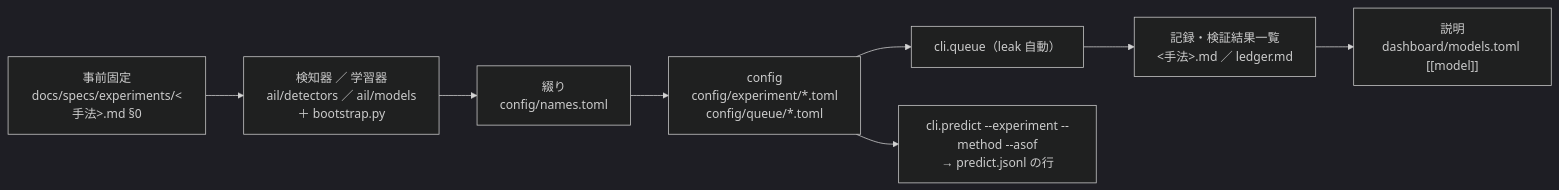
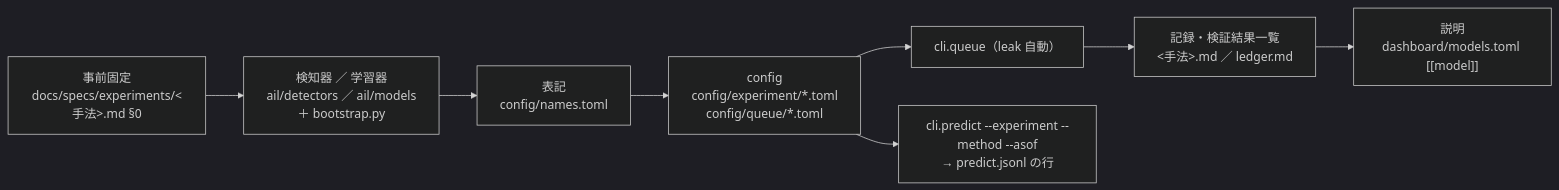
Before and after one commit to akiraak/ai-income-lab: the first of 5 diagrams in docs/specs/howto-model-trader.md, drawn with Mermaid (dark theme). The commit also changed other lines of this file and 45 other files, not shown here.

````diff
--- a/docs/specs/howto-model-trader.md
+++ b/docs/specs/howto-model-trader.md
@@ -27,10 +27,10 @@
 ```mermaid
 flowchart LR
   F["事前固定<br/>docs/specs/experiments/&lt;手法&gt;.md §0"] --> D["検知器 ／ 学習器<br/>ail/detectors ／ ail/models<br/>＋ bootstrap.py"]
-  D --> N["綴り<br/>config/names.toml"]
+  D --> N["表記<br/>config/names.toml"]
   N --> C["config<br/>config/experiment/*.toml<br/>config/queue/*.toml"]
   C --> Q["cli.queue（leak 自動）"]
   Q --> R["記録・検証結果一覧<br/>&lt;手法&gt;.md ／ ledger.md"]
   C --> P["cli.predict --experiment --method --asof<br/>→ predict.jsonl の行"]
   R --> M["説明<br/>dashboard/models.toml [[model]]"]
 ```
````
